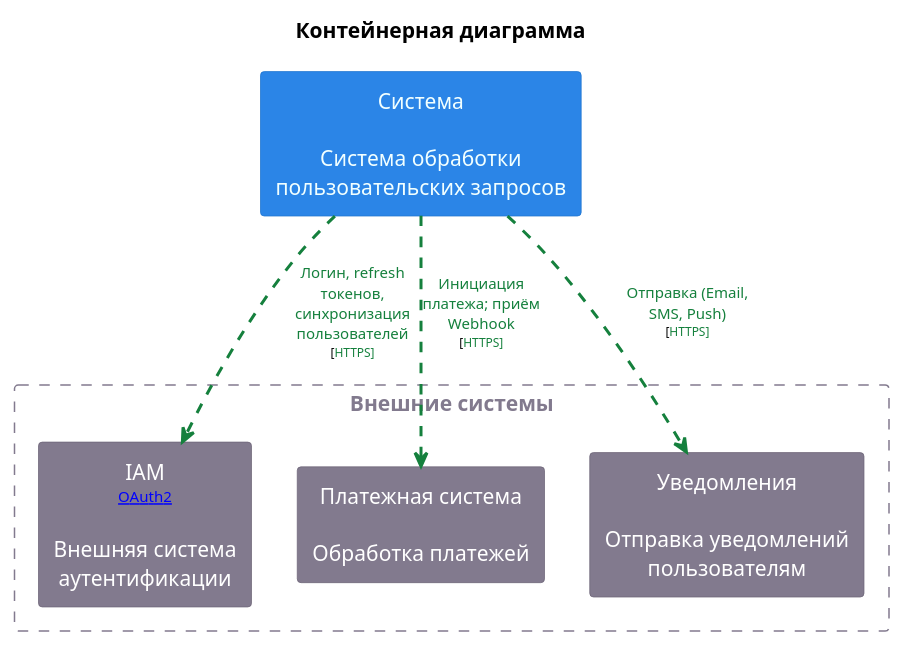
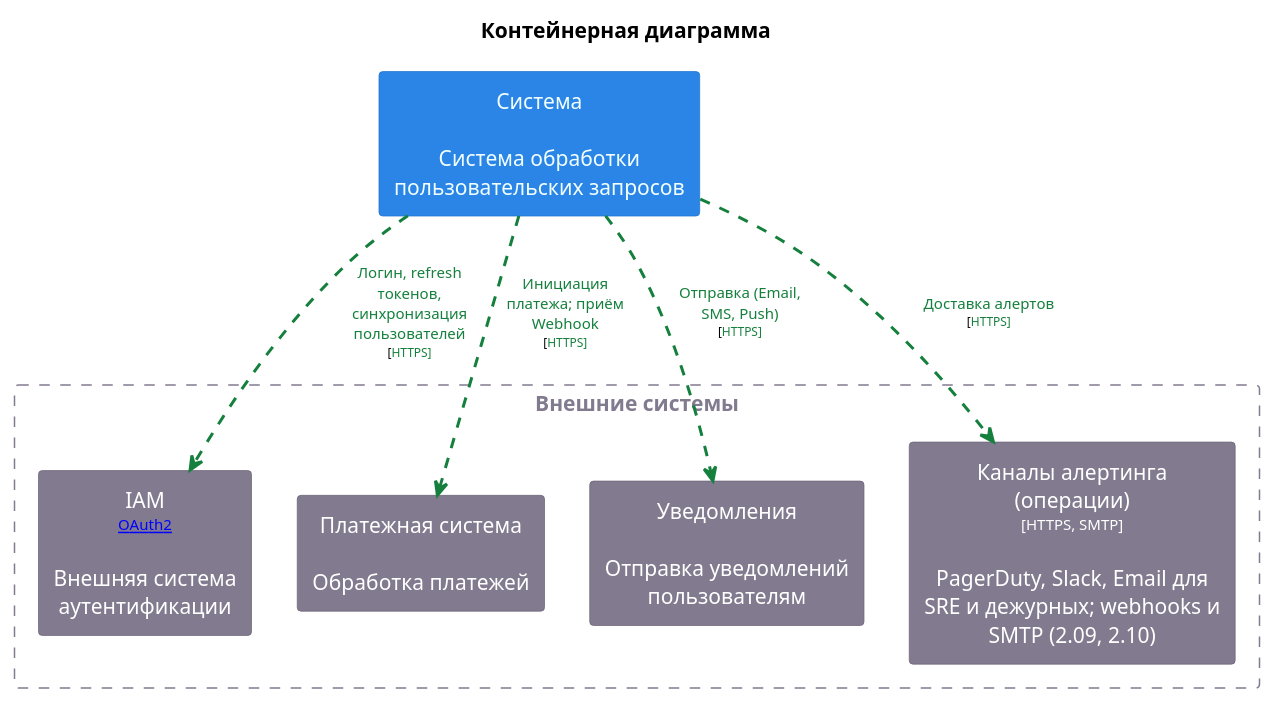
One commit to shelepovg/system-design-homework changed the diagram in doc/схемы/external_system_container.puml. Above: the diagram before and after it, drawn with PlantUML. The commit also changed 21 other files, not shown here.

Commit message:
сгенерированы схемы, добавлены в описание

```diff
--- a/doc/схемы/external_system_container.puml
+++ b/doc/схемы/external_system_container.puml
@@ -1,50 +1,57 @@
 @startuml
 title "Контейнерная диаграмма"
 top to bottom direction
 
 hide stereotype
 skinparam ranksep 60
 skinparam nodesep 30
 skinparam {
   arrowFontSize 10
   defaultTextAlignment center
   wrapWidth 200
   maxMessageSize 100
   shadowing false
 }
 
 skinparam rectangle<<System>>{
   BackgroundColor #2b85e7
   FontColor #f1ffff
   BorderColor #1e73ce
 }
 skinparam rectangle<<System_extIam_ext>>{
   BackgroundColor #827a8e
   FontColor #ffffff
   BorderColor #6c6477
 }
 skinparam rectangle<<System_extPayment>>{
   BackgroundColor #827a8e
   FontColor #ffffff
   BorderColor #6c6477
 }
 skinparam rectangle<<System_extNotification>>{
   BackgroundColor #827a8e
   FontColor #ffffff
   BorderColor #6c6477
 }
+skinparam rectangle<<System_extOps_alert_channels>>{
+  BackgroundColor #827a8e
+  FontColor #ffffff
+  BorderColor #6c6477
+}
 rectangle "Система\n\nСистема обработки пользовательских запросов" <<System>> as System
 rectangle "Внешние системы" <<System_ext>> as System_ext {
   skinparam RectangleBorderColor<<System_ext>> #827a8e
   skinparam RectangleFontColor<<System_ext>> #827a8e
   skinparam RectangleBorderStyle<<System_ext>> dashed
 
   rectangle "IAM\n<size:10>[[OAuth2]]</size>\n\nВнешняя система аутентификации" <<System_extIam_ext>> as System_extIam_ext
   rectangle "Платежная система\n\nОбработка платежей" <<System_extPayment>> as System_extPayment
   rectangle "Уведомления\n\nОтправка уведомлений пользователям" <<System_extNotification>> as System_extNotification
+  rectangle "Каналы алертинга (операции)\n<size:10>[HTTPS, SMTP]</size>\n\nPagerDuty, Slack, Email для SRE и дежурных; webhooks и SMTP (2.09, 2.10)" <<System_extOps_alert_channels>> as System_extOps_alert_channels
 }
 
 System .[#15803d,thickness=2].> System_extIam_ext : <color:#15803d>Логин, refresh токенов, синхронизация \n<color:#15803d>пользователей\n<size:8>[<color:#15803d>HTTPS]</size>
 System .[#15803d,thickness=2].> System_extPayment : <color:#15803d>Инициация платежа; приём Webhook\n<size:8>[<color:#15803d>HTTPS]</size>
 System .[#15803d,thickness=2].> System_extNotification : <color:#15803d>Отправка (Email, SMS, Push)\n<size:8>[<color:#15803d>HTTPS]</size>
+System .[#15803d,thickness=2].> System_extOps_alert_channels : <color:#15803d>Доставка алертов\n<size:8>[<color:#15803d>HTTPS]</size>
 @enduml
```
